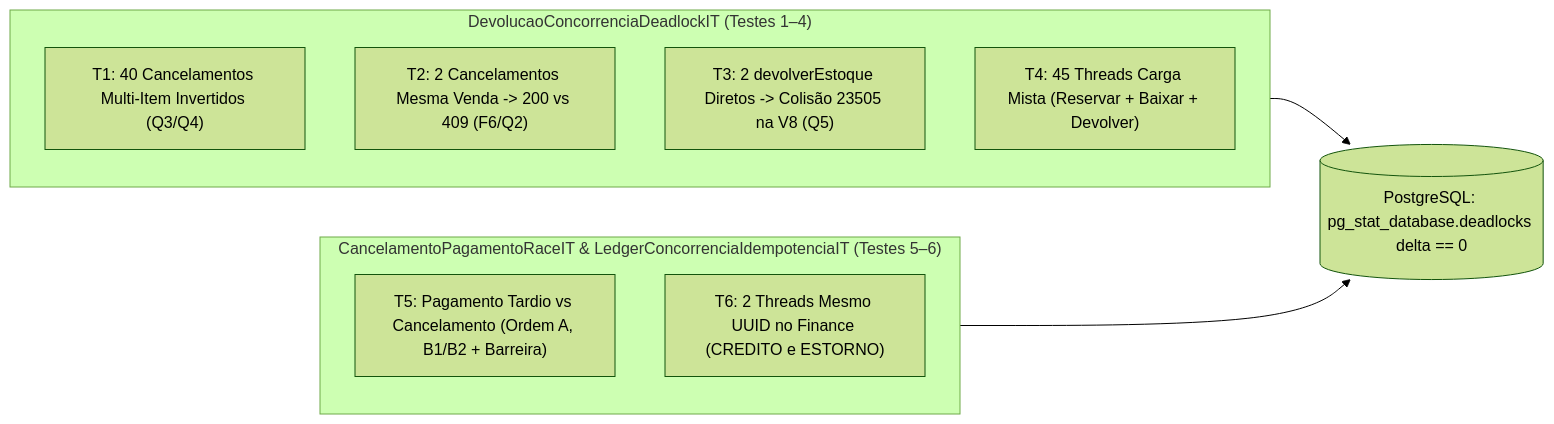
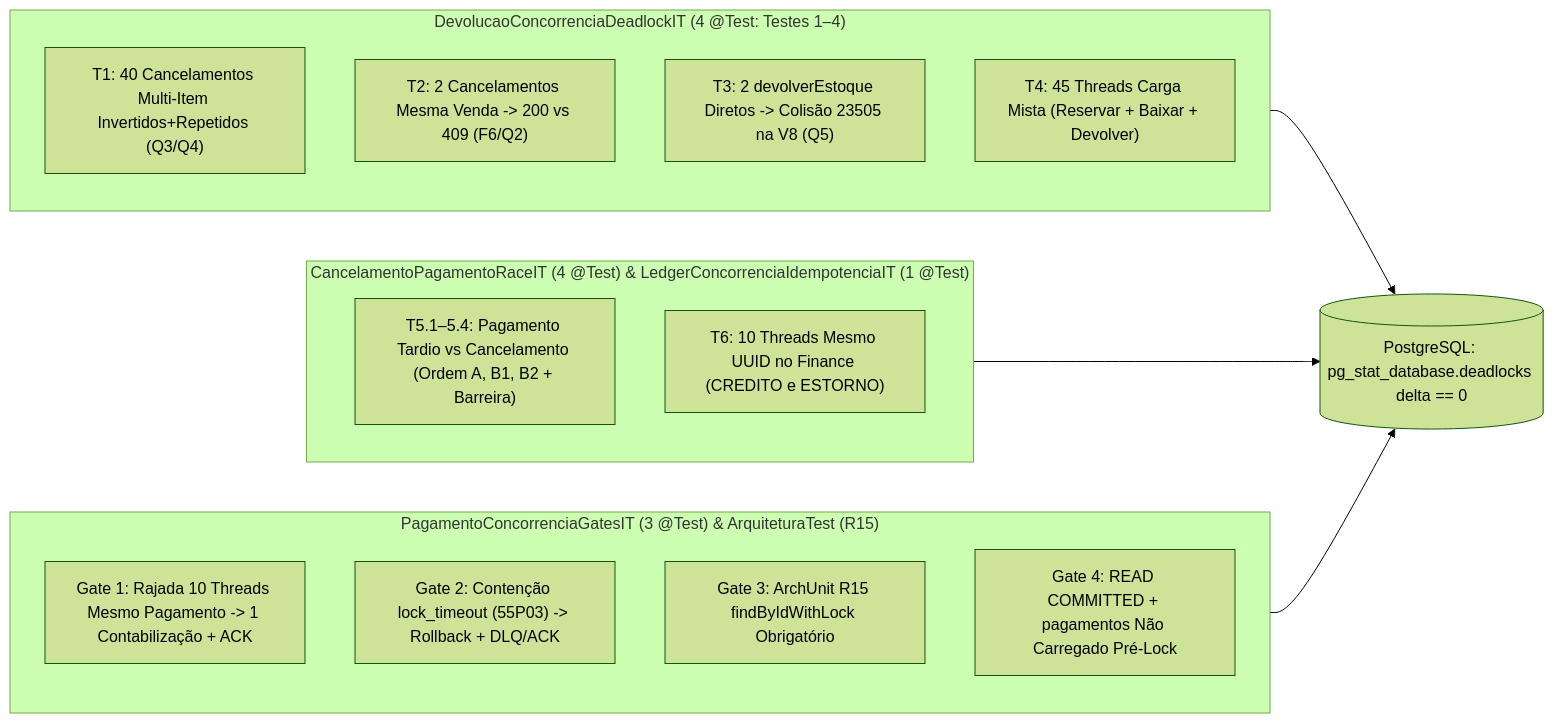
Before and after one commit to iXDGabrielTK/petshop-microservices: the diagram in docs/debt/DEBT-ARCH-003/E4.md, drawn with Mermaid (forest theme). The commit also changed other lines of this file and 5 other files, not shown here.

Commit message:
test(inv): implementa gates 1 a 4 da Invariante 5 (PagamentoConcorrenciaGatesIT, R15 ArchUnit) e alinha E4

````diff
--- a/docs/debt/DEBT-ARCH-003/E4.md
+++ b/docs/debt/DEBT-ARCH-003/E4.md
@@ -36,16 +36,23 @@
 ```mermaid
 flowchart LR
-    subgraph T14["DevolucaoConcorrenciaDeadlockIT (Testes 1–4)"]
-        T1["T1: 40 Cancelamentos Multi-Item Invertidos (Q3/Q4)"]
+    subgraph T14["DevolucaoConcorrenciaDeadlockIT (4 @Test: Testes 1–4)"]
+        T1["T1: 40 Cancelamentos Multi-Item Invertidos+Repetidos (Q3/Q4)"]
         T2["T2: 2 Cancelamentos Mesma Venda -> 200 vs 409 (F6/Q2)"]
         T3["T3: 2 devolverEstoque Diretos -> Colisão 23505 na V8 (Q5)"]
         T4["T4: 45 Threads Carga Mista (Reservar + Baixar + Devolver)"]
     end
-    subgraph T56["CancelamentoPagamentoRaceIT & LedgerConcorrenciaIdempotenciaIT (Testes 5–6)"]
-        T5["T5: Pagamento Tardio vs Cancelamento (Ordem A, B1/B2 + Barreira)"]
-        T6["T6: 2 Threads Mesmo UUID no Finance (CREDITO e ESTORNO)"]
+    subgraph T56["CancelamentoPagamentoRaceIT (4 @Test) & LedgerConcorrenciaIdempotenciaIT (1 @Test)"]
+        T5["T5.1–5.4: Pagamento Tardio vs Cancelamento (Ordem A, B1, B2 + Barreira)"]
+        T6["T6: 10 Threads Mesmo UUID no Finance (CREDITO e ESTORNO)"]
+    end
+    subgraph G14["PagamentoConcorrenciaGatesIT (3 @Test) & ArquiteturaTest (R15)"]
+        G1["Gate 1: Rajada 10 Threads Mesmo Pagamento -> 1 Contabilização + ACK"]
+        G2["Gate 2: Contenção lock_timeout (55P03) -> Rollback + DLQ/ACK"]
+        G3["Gate 3: ArchUnit R15 findByIdWithLock Obrigatório"]
+        G4["Gate 4: READ COMMITTED + pagamentos Não Carregado Pré-Lock"]
     end
     PG[("PostgreSQL: pg_stat_database.deadlocks delta == 0")]
     T14 --> PG
     T56 --> PG
+    G14 --> PG
 ```
````
